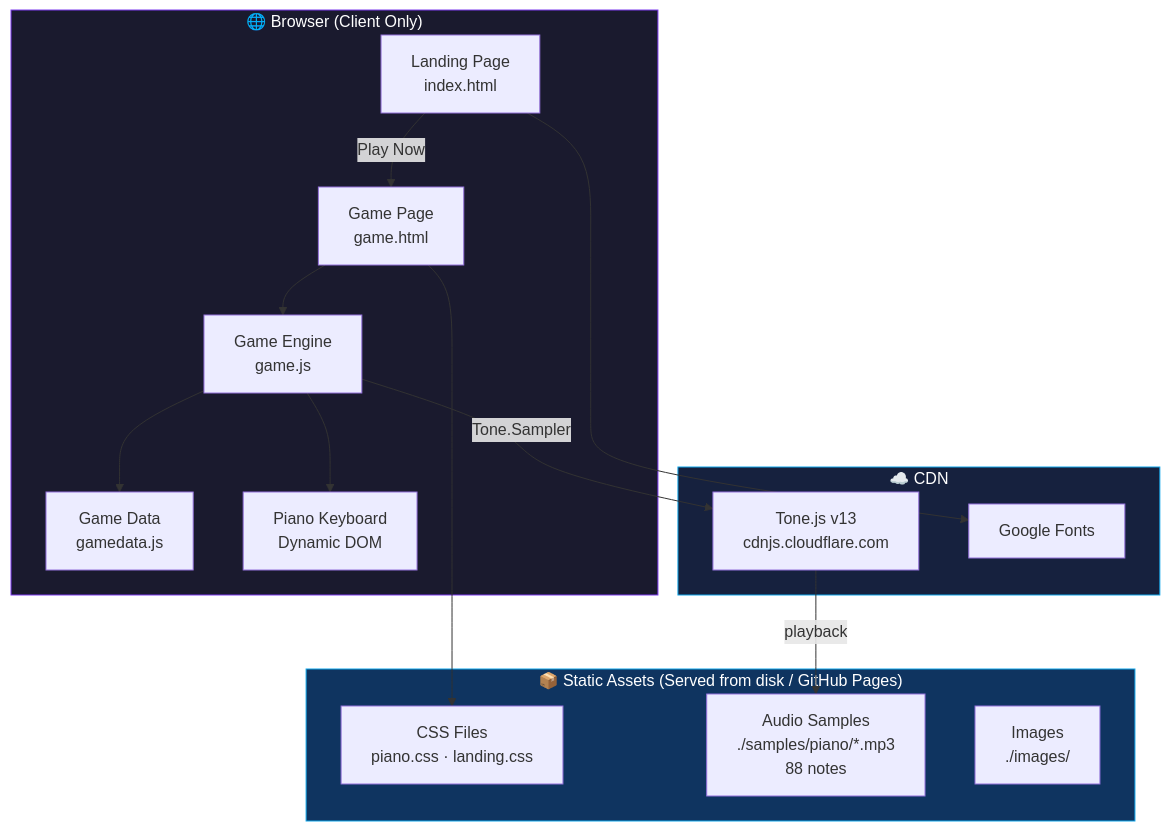
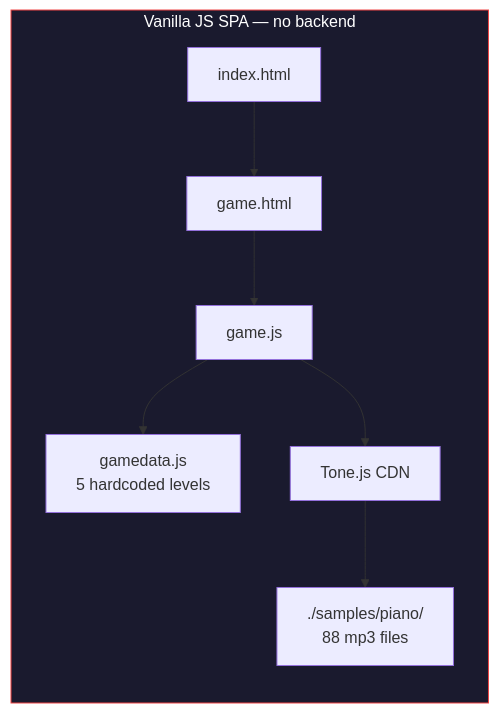
The third of 5 diagrams in architecture.md (yacinebe/bachtobach), drawn with Mermaid before and after one commit. The commit also changed other lines of this file, not shown here.

First line of the commit message:
Update architecture: add iOS/Android clients, rearchitecture-first roadmap

````diff
--- a/architecture.md
+++ b/architecture.md
@@ -5,34 +185,12 @@
 ```mermaid
-graph TB
-    subgraph Browser["🌐 Browser (Client Only)"]
-        LP[Landing Page<br/>index.html]
-        GP[Game Page<br/>game.html]
-        GE[Game Engine<br/>game.js]
-        GD[Game Data<br/>gamedata.js]
-        PK[Piano Keyboard<br/>Dynamic DOM]
+graph LR
+    subgraph Now["Vanilla JS SPA — no backend"]
+        LP[index.html] --> GP[game.html]
+        GP --> GE_OLD[game.js]
+        GE_OLD --> GD[gamedata.js\n5 hardcoded levels]
+        GE_OLD --> TONE[Tone.js CDN]
+        TONE --> SAMPLES[./samples/piano/\n88 mp3 files]
     end
 
-    subgraph Assets["📦 Static Assets (Served from disk / GitHub Pages)"]
-        CSS[CSS Files<br/>piano.css · landing.css]
-        SAMPLES[Audio Samples<br/>./samples/piano/*.mp3<br/>88 notes]
-        IMG[Images<br/>./images/]
-    end
-
-    subgraph CDN["☁️ CDN"]
-        TONE[Tone.js v13<br/>cdnjs.cloudflare.com]
-        GFONTS[Google Fonts]
-    end
-
-    LP -- "Play Now" --> GP
-    GP --> GE
-    GE --> GD
-    GE --> PK
-    GE -- "Tone.Sampler" --> TONE
-    TONE -- "playback" --> SAMPLES
-    GP --> CSS
-    LP --> GFONTS
-
-    style Browser fill:#1a1a2e,color:#fff,stroke:#7c3aed
-    style Assets fill:#0f3460,color:#fff,stroke:#0ea5e9
-    style CDN fill:#16213e,color:#fff,stroke:#0ea5e9
+    style Now fill:#1a1a2e,color:#fff,stroke:#ef4444
 ```
````
